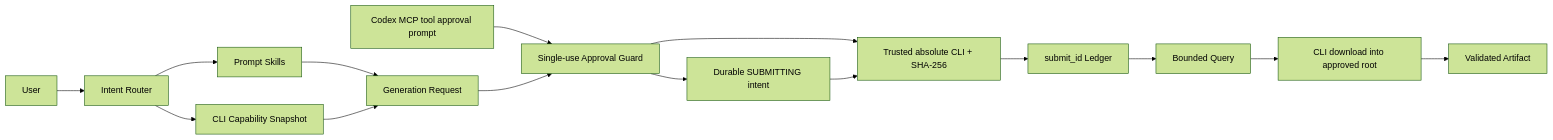
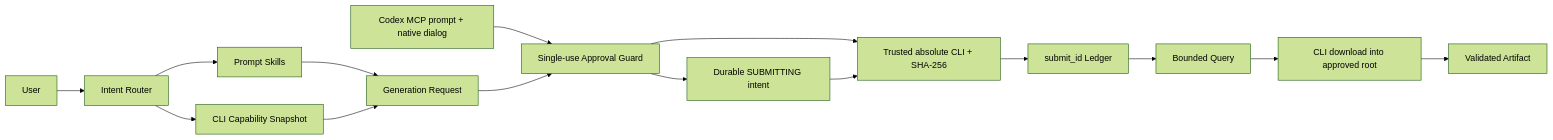
One commit to full-aigc-plugins/dreamina-design-plugin changed the diagram in docs/Codex-Dreamina-Design-Plugin-Architecture.md. Above: the diagram before and after it, drawn with Mermaid (forest theme). The commit also changed other lines of this file and 16 other files, not shown here.

````diff
--- a/docs/Codex-Dreamina-Design-Plugin-Architecture.md
+++ b/docs/Codex-Dreamina-Design-Plugin-Architecture.md
@@ -7,17 +7,17 @@
 ```mermaid
 flowchart LR
     User --> Router[Intent Router]
     Router --> Prompt[Prompt Skills]
     Router --> Capability[CLI Capability Snapshot]
     Prompt --> Request[Generation Request]
     Capability --> Request
-    UI[Codex MCP tool approval prompt] --> Approval[Single-use Approval Guard]
+    UI[Codex MCP prompt + native dialog] --> Approval[Single-use Approval Guard]
     Request --> Approval
     Approval --> CLI[dreamina CLI]
     Approval --> Intent[Durable SUBMITTING intent]
     Intent --> CLI[Trusted absolute CLI + SHA-256]
     CLI --> Ledger[submit_id Ledger]
     Ledger --> Query[Bounded Query]
     Query --> Download[CLI download into approved root]
     Download --> Artifact[Validated Artifact]
 ```
````
